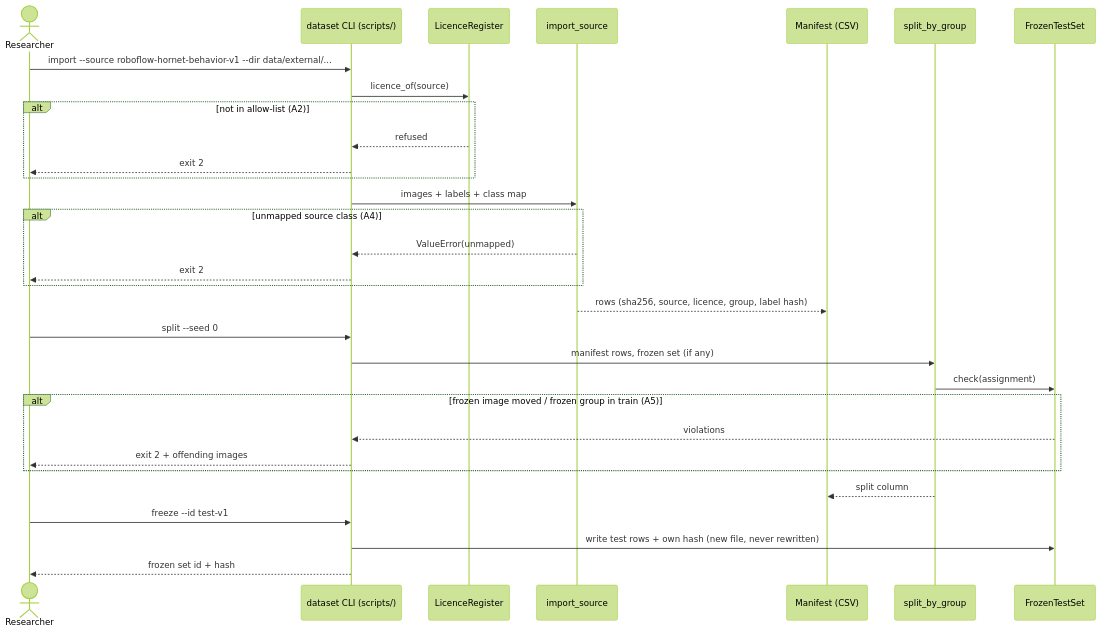
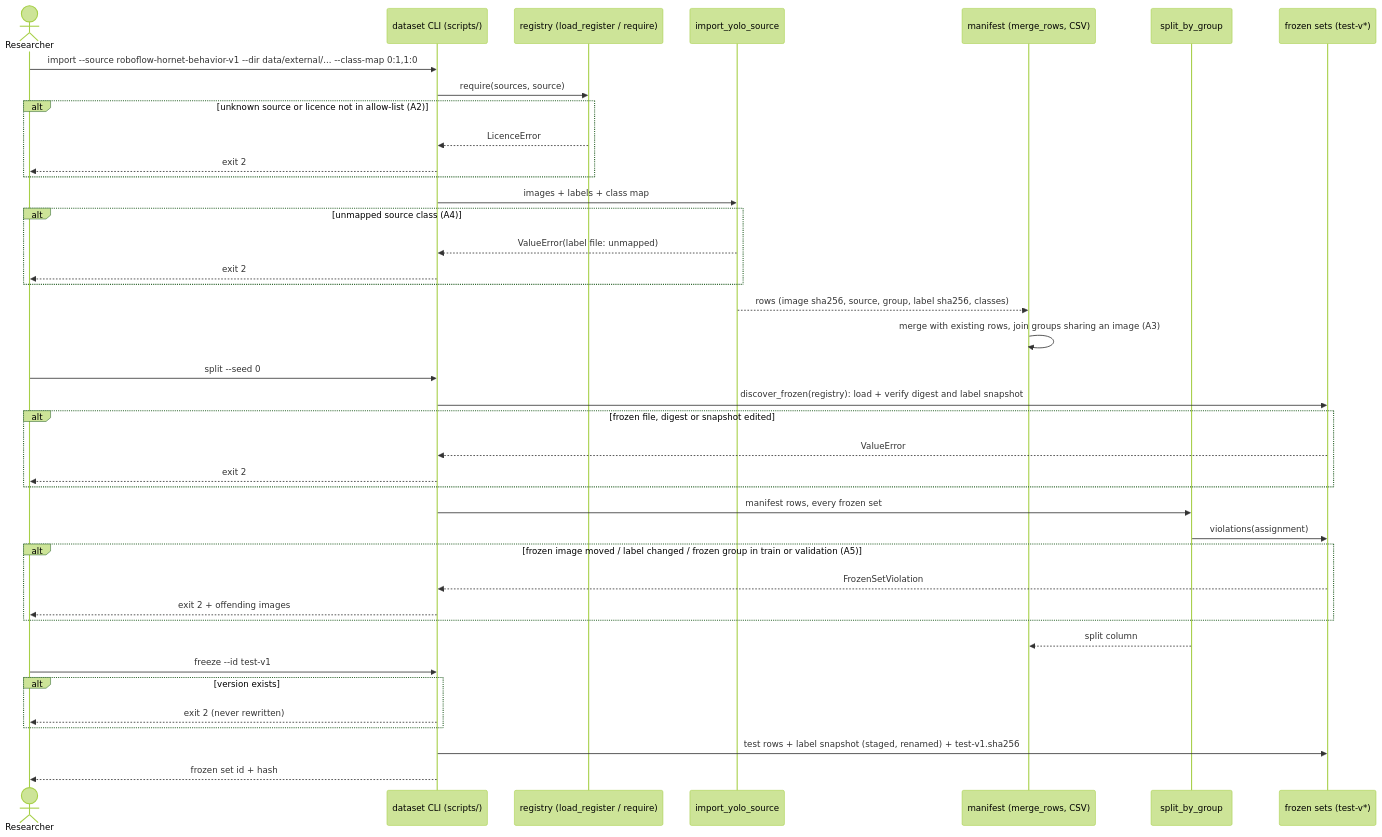
One commit to benoit-bremaud/aristech changed the diagram in docs/architecture/diagrams/annotation-pipeline/02-sequence-import-split-freeze.md. Above: the diagram before and after it, drawn with Mermaid (forest theme). The commit also changed other lines of this file and 6 other files, not shown here.

Commit message:
docs(dataset): as-built UML, gate deviations, review and QA in house format (#95)

````diff
--- a/docs/architecture/diagrams/annotation-pipeline/02-sequence-import-split-freeze.md
+++ b/docs/architecture/diagrams/annotation-pipeline/02-sequence-import-split-freeze.md
@@ -6,34 +6,43 @@
 ```mermaid
 sequenceDiagram
     actor R as Researcher
     participant CLI as dataset CLI (scripts/)
-    participant Reg as LicenceRegister
-    participant Imp as import_source
-    participant Man as Manifest (CSV)
+    participant Reg as registry (load_register / require)
+    participant Imp as import_yolo_source
+    participant Man as manifest (merge_rows, CSV)
     participant Spl as split_by_group
-    participant Frz as FrozenTestSet
+    participant Frz as frozen sets (test-v*)
 
-    R->>CLI: import --source roboflow-hornet-behavior-v1 --dir data/external/...
-    CLI->>Reg: licence_of(source)
-    alt not in allow-list (A2)
-        Reg-->>CLI: refused
+    R->>CLI: import --source roboflow-hornet-behavior-v1 --dir data/external/... --class-map 0:1,1:0
+    CLI->>Reg: require(sources, source)
+    alt unknown source or licence not in allow-list (A2)
+        Reg-->>CLI: LicenceError
         CLI-->>R: exit 2
     end
     CLI->>Imp: images + labels + class map
     alt unmapped source class (A4)
-        Imp-->>CLI: ValueError(unmapped)
+        Imp-->>CLI: ValueError(label file: unmapped)
         CLI-->>R: exit 2
     end
-    Imp-->>Man: rows (sha256, source, licence, group, label hash)
+    Imp-->>Man: rows (image sha256, source, group, label sha256, classes)
+    Man->>Man: merge with existing rows, join groups sharing an image (A3)
     R->>CLI: split --seed 0
-    CLI->>Spl: manifest rows, frozen set (if any)
-    Spl->>Frz: check(assignment)
-    alt frozen image moved / frozen group in train (A5)
-        Frz-->>CLI: violations
+    CLI->>Frz: discover_frozen(registry): load + verify digest and label snapshot
+    alt frozen file, digest or snapshot edited
+        Frz-->>CLI: ValueError
+        CLI-->>R: exit 2
+    end
+    CLI->>Spl: manifest rows, every frozen set
+    Spl->>Frz: violations(assignment)
+    alt frozen image moved / label changed / frozen group in train or validation (A5)
+        Frz-->>CLI: FrozenSetViolation
         CLI-->>R: exit 2 + offending images
     end
     Spl-->>Man: split column
     R->>CLI: freeze --id test-v1
-    CLI->>Frz: write test rows + own hash (new file, never rewritten)
+    alt version exists
+        CLI-->>R: exit 2 (never rewritten)
+    end
+    CLI->>Frz: test rows + label snapshot (staged, renamed) + test-v1.sha256
     CLI-->>R: frozen set id + hash
 ```
````
